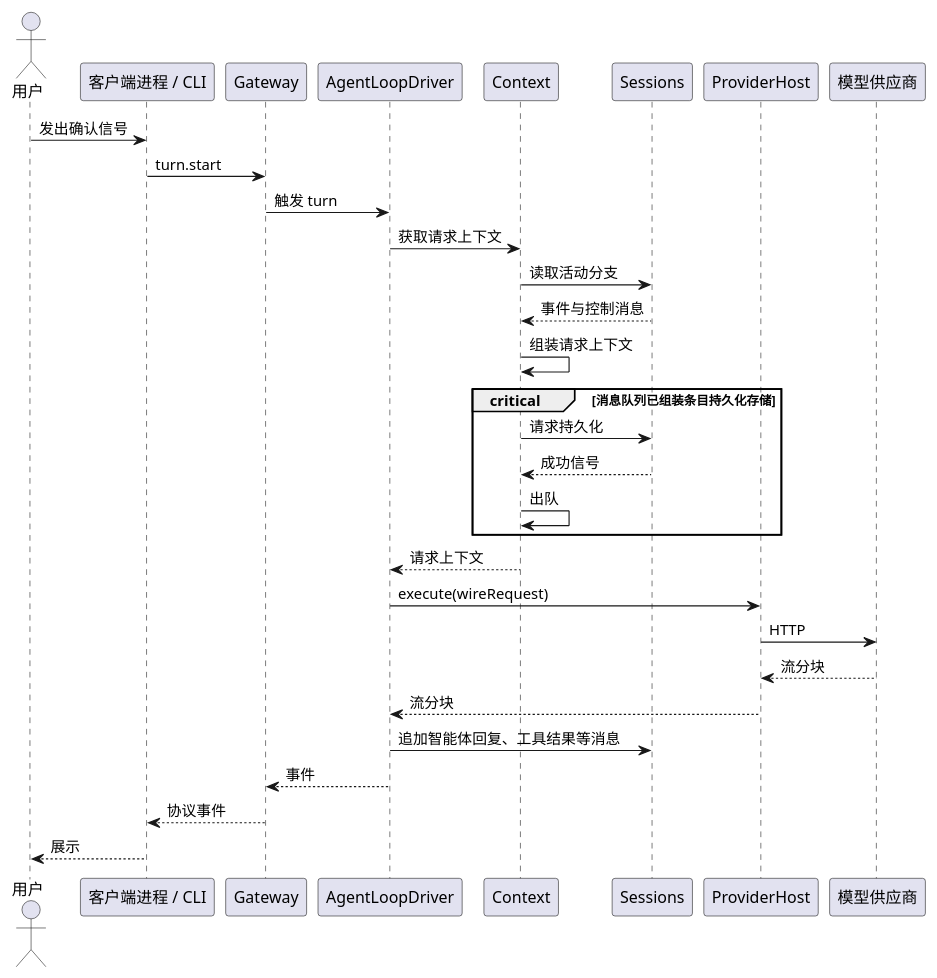
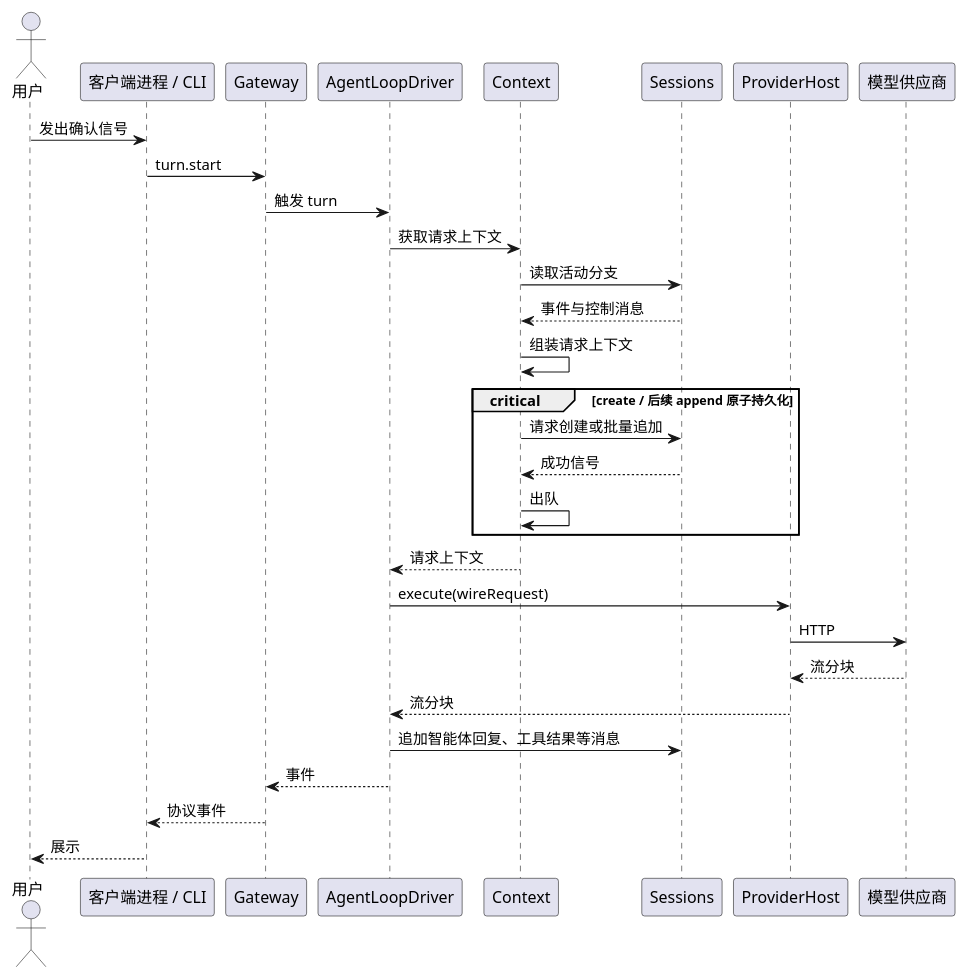
One commit to pisciculus0413/Pisces changed the sixth of 10 diagrams in docs/1 High-Level Design/1 High-Level Design.md. Above: the diagram before and after it, drawn with PlantUML. The commit also changed other lines of this file, not shown here.

````diff
--- a/docs/1 High-Level Design/1 High-Level Design.md
+++ b/docs/1 High-Level Design/1 High-Level Design.md
@@ -553,34 +555,34 @@
 ```plantuml
 @startuml
 actor "用户" as User
 participant "客户端进程 / CLI" as Client
 participant "Gateway" as Gateway
 participant "AgentLoopDriver" as Driver
 participant "Context" as Context
 participant "Sessions" as Sessions
 participant "ProviderHost" as ProviderHost
 participant "模型供应商" as Provider
 
 User -> Client : 发出确认信号
 Client -> Gateway : turn.start
 Gateway -> Driver : 触发 turn
 Driver -> Context : 获取请求上下文
 Context -> Sessions : 读取活动分支
 Sessions --> Context : 事件与控制消息
 Context -> Context : 组装请求上下文
-critical 消息队列已组装条目持久化存储
-Context -> Sessions : 请求持久化
+critical create / 后续 append 原子持久化
+Context -> Sessions : 请求创建或批量追加
 Sessions --> Context : 成功信号
 Context -> Context : 出队
 end
 Context --> Driver : 请求上下文
 Driver -> ProviderHost : execute(wireRequest)
 ProviderHost -> Provider : HTTP
 Provider --> ProviderHost : 流分块
 ProviderHost --> Driver : 流分块
 Driver -> Sessions : 追加智能体回复、工具结果等消息
 Driver --> Gateway : 事件
 Gateway --> Client : 协议事件
 Client --> User : 展示
 @enduml
 ```
````
